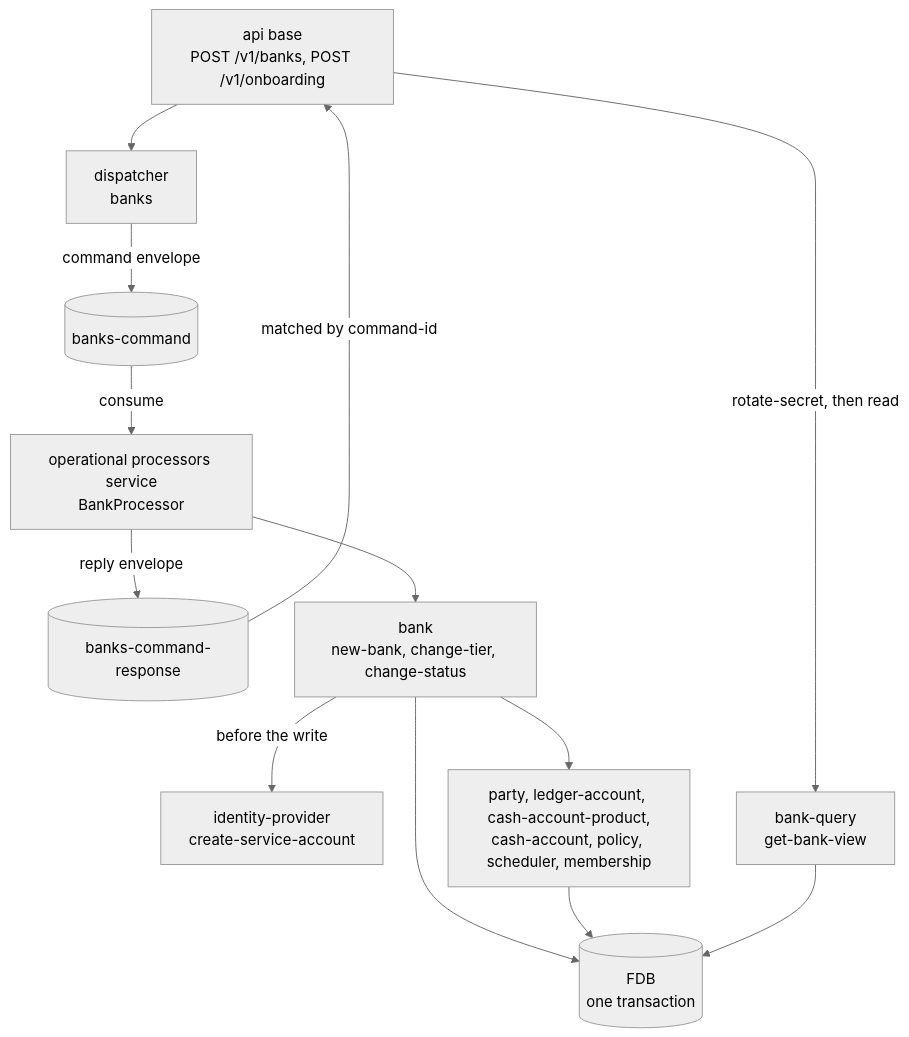
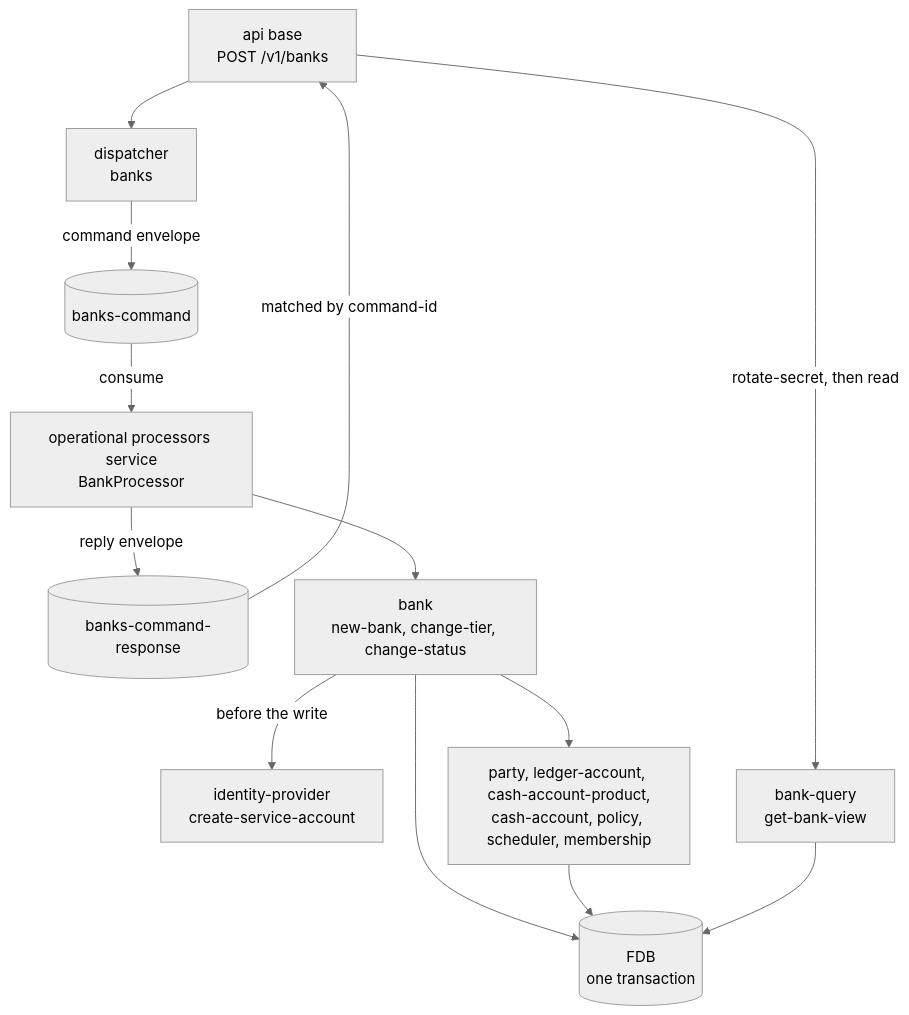
The diagram in docs/tdd/banks.md (repldriven/queenswood), drawn with Mermaid (neutral theme) before and after one commit. The commit also changed other lines of this file and 48 other files, not shown here.

First line of the commit message:
One POST /v1/banks for operators and people, the /me routes under Me, and GET /v1/me alone

````diff
--- a/docs/tdd/banks.md
+++ b/docs/tdd/banks.md
@@ -85,26 +85,26 @@
 ```mermaid
 graph TD
-    API["api base<br/>POST /v1/banks, POST /v1/onboarding"]
+    API["api base<br/>POST /v1/banks"]
     DISP["dispatcher<br/>banks"]
     CH[("banks-command")]
     RCH[("banks-command-response")]
     PROC["operational processors service<br/>BankProcessor"]
     CORE["bank<br/>new-bank, change-tier, change-status"]
     IDP["identity-provider<br/>create-service-account"]
     BRICKS["party, ledger-account, cash-account-product,<br/>cash-account, policy, scheduler, membership"]
     QRY["bank-query<br/>get-bank-view"]
     FDB[("FDB<br/>one transaction")]
 
     API --> DISP
     DISP -->|"command envelope"| CH
     CH -->|consume| PROC
     PROC --> CORE
     CORE -->|"before the write"| IDP
     CORE --> BRICKS
     CORE --> FDB
     BRICKS --> FDB
     PROC -->|"reply envelope"| RCH
     RCH -->|"matched by command-id"| API
     API -->|"rotate-secret, then read"| QRY
     QRY --> FDB
 ```
````
